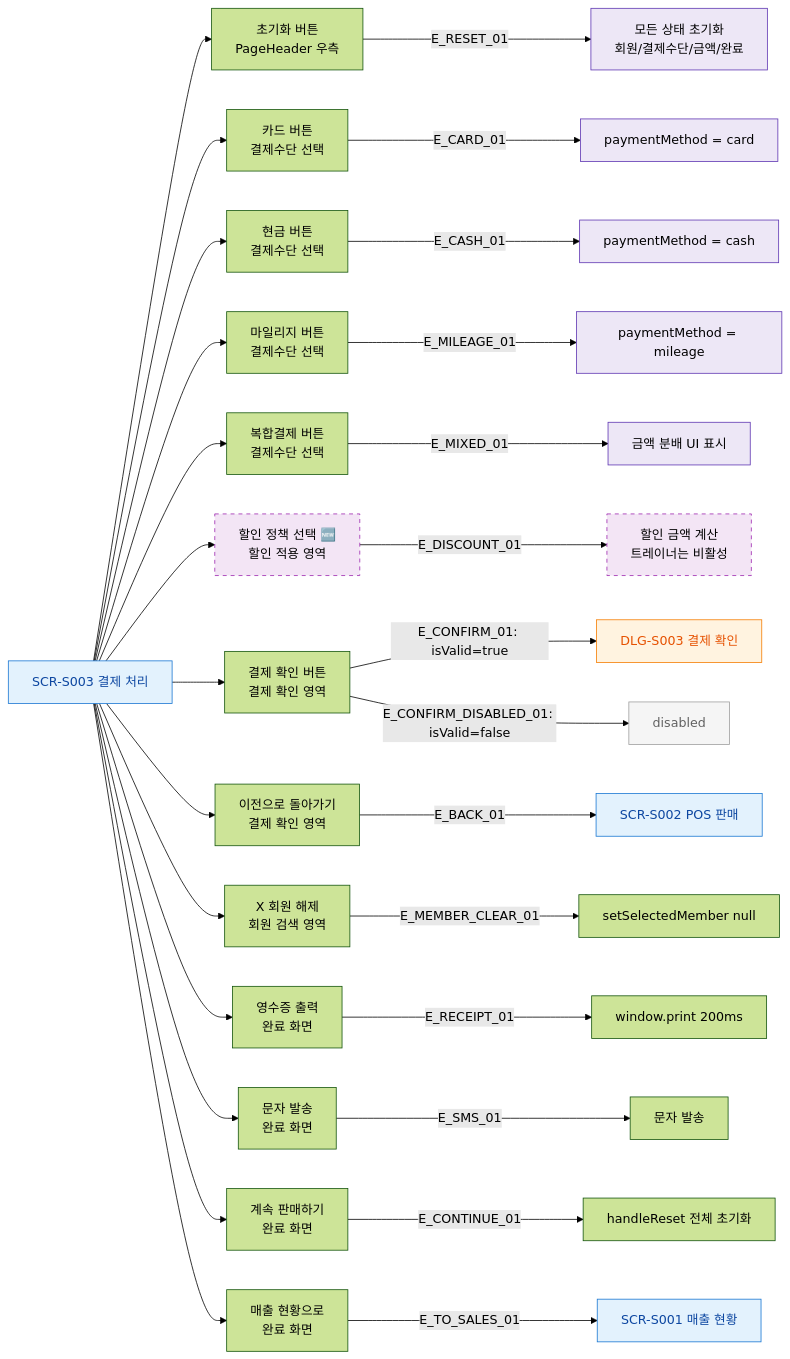
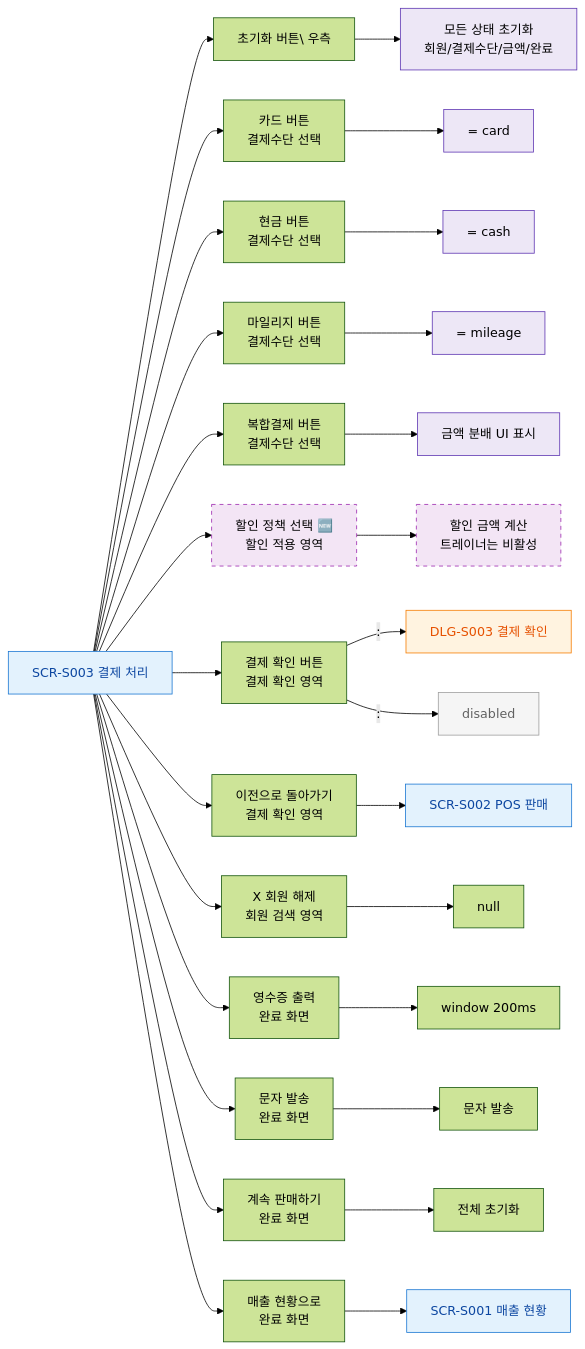
One commit to dev-spogym/admin-pando changed the diagram in docs/다이어그램/D03_매출관리/SCR-S003_결제처리/F3_버튼액션.md. Above: the diagram before and after it, drawn with Mermaid (forest theme). The commit also changed other lines of this file and 1660 other files, not shown here.

First line of the commit message:
다이어그램: 기획자/클라이언트 납품본으로 정리

````diff
--- a/docs/다이어그램/D03_매출관리/SCR-S003_결제처리/F3_버튼액션.md
+++ b/docs/다이어그램/D03_매출관리/SCR-S003_결제처리/F3_버튼액션.md
@@ -20,45 +18,45 @@
 ```mermaid
 flowchart LR
     S003[SCR-S003 결제 처리]
 
-    S003 --> BTN_RESET[초기화 버튼\nPageHeader 우측]
+    S003 --> BTN_RESET[초기화 버튼\ 우측]
     S003 --> BTN_CARD[카드 버튼\n결제수단 선택]
     S003 --> BTN_CASH[현금 버튼\n결제수단 선택]
     S003 --> BTN_MILEAGE[마일리지 버튼\n결제수단 선택]
     S003 --> BTN_MIXED[복합결제 버튼\n결제수단 선택]
     S003 --> BTN_DISCOUNT[할인 정책 선택 🆕\n할인 적용 영역]
     S003 --> BTN_CONFIRM[결제 확인 버튼\n결제 확인 영역]
     S003 --> BTN_BACK[이전으로 돌아가기\n결제 확인 영역]
     S003 --> BTN_MEMBER_CLEAR[X 회원 해제\n회원 검색 영역]
     S003 --> BTN_RECEIPT[영수증 출력\n완료 화면]
     S003 --> BTN_SMS[문자 발송\n완료 화면]
     S003 --> BTN_CONTINUE[계속 판매하기\n완료 화면]
     S003 --> BTN_TO_SALES[매출 현황으로\n완료 화면]
 
-    BTN_RESET -->|E_RESET_01| STATE_RESET[모든 상태 초기화\n회원/결제수단/금액/완료]
-    BTN_CARD -->|E_CARD_01| METHOD_CARD[paymentMethod = card]
-    BTN_CASH -->|E_CASH_01| METHOD_CASH[paymentMethod = cash]
-    BTN_MILEAGE -->|E_MILEAGE_01| METHOD_MILEAGE[paymentMethod = mileage]
-    BTN_MIXED -->|E_MIXED_01| METHOD_MIXED[금액 분배 UI 표시]
-    BTN_DISCOUNT -->|E_DISCOUNT_01| DISCOUNT_APPLY[할인 금액 계산\n트레이너는 비활성]
-    BTN_CONFIRM -->|"E_CONFIRM_01: isValid=true"| DLG_S003[DLG-S003 결제 확인]
-    BTN_CONFIRM -->|"E_CONFIRM_DISABLED_01: isValid=false"| DISABLED[disabled]
-    BTN_BACK -->|E_BACK_01| SCR_S002[SCR-S002 POS 판매]
-    BTN_MEMBER_CLEAR -->|E_MEMBER_CLEAR_01| MEMBER_NULL[setSelectedMember null]
-    BTN_RECEIPT -->|E_RECEIPT_01| PRINT[window.print 200ms]
-    BTN_SMS -->|E_SMS_01| SMS_SEND[문자 발송]
-    BTN_CONTINUE -->|E_CONTINUE_01| RESET_ALL[handleReset 전체 초기화]
-    BTN_TO_SALES -->|E_TO_SALES_01| SCR_S001[SCR-S001 매출 현황]
+    BTN_RESET --> STATE_RESET[모든 상태 초기화\n회원/결제수단/금액/완료]
+    BTN_CARD --> METHOD_CARD[= card]
+    BTN_CASH --> METHOD_CASH[= cash]
+    BTN_MILEAGE --> METHOD_MILEAGE[= mileage]
+    BTN_MIXED --> METHOD_MIXED[금액 분배 UI 표시]
+    BTN_DISCOUNT --> DISCOUNT_APPLY[할인 금액 계산\n트레이너는 비활성]
+    BTN_CONFIRM -->|": "|DLG_S003[DLG-S003 결제 확인]
+    BTN_CONFIRM -->|": "|DISABLED[disabled]
+    BTN_BACK --> SCR_S002[SCR-S002 POS 판매]
+    BTN_MEMBER_CLEAR --> MEMBER_NULL[null]
+    BTN_RECEIPT --> PRINT[window 200ms]
+    BTN_SMS --> SMS_SEND[문자 발송]
+    BTN_CONTINUE --> RESET_ALL[전체 초기화]
+    BTN_TO_SALES --> SCR_S001[SCR-S001 매출 현황]
 
     classDef screen fill:#E3F2FD,stroke:#1976D2,color:#0D47A1
     classDef modal fill:#FFF3E0,stroke:#F57C00,color:#E65100
     classDef newFeature fill:#F3E5F5,stroke:#9C27B0,stroke-dasharray:5 5
     classDef system fill:#EDE7F6,stroke:#5E35B2
     classDef rbacBlocked fill:#F5F5F5,stroke:#9E9E9E,color:#616161
 
     class S003,SCR_S002,SCR_S001 screen
     class DLG_S003 modal
     class BTN_DISCOUNT,DISCOUNT_APPLY newFeature
     class STATE_RESET,METHOD_CARD,METHOD_CASH,METHOD_MILEAGE,METHOD_MIXED system
     class DISABLED rbacBlocked
 ```
````
